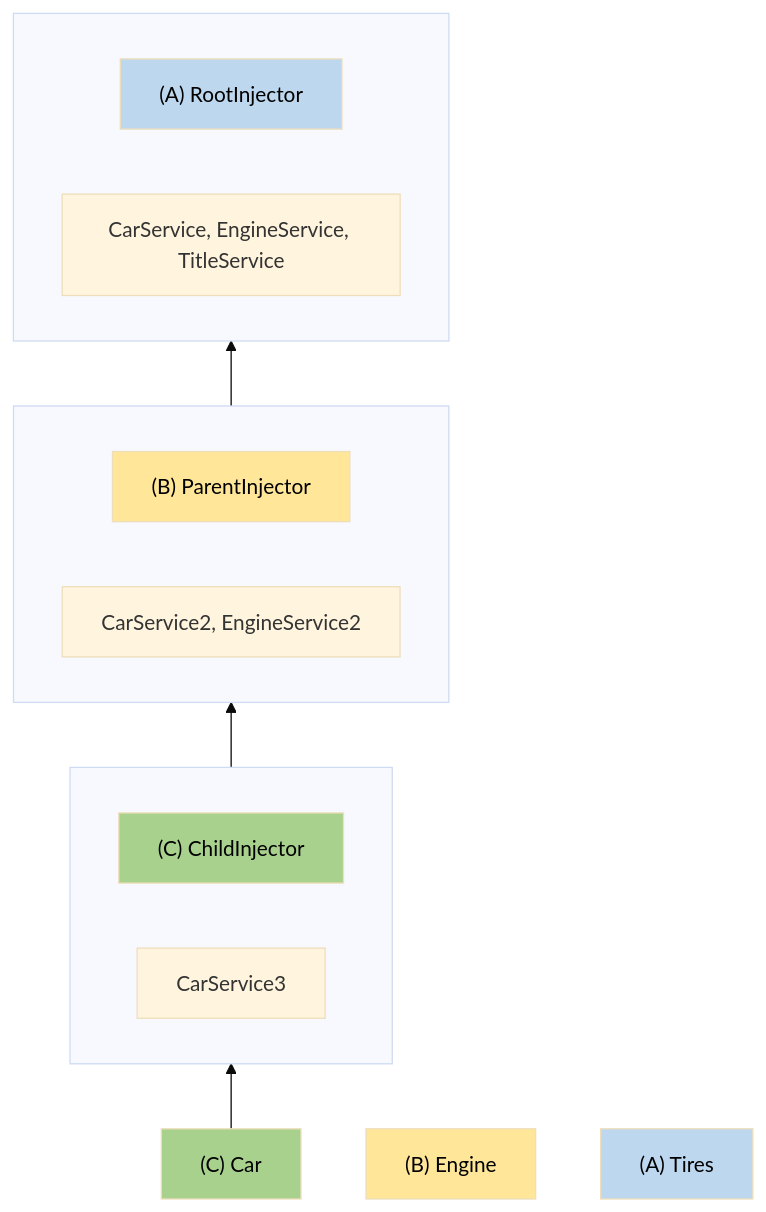
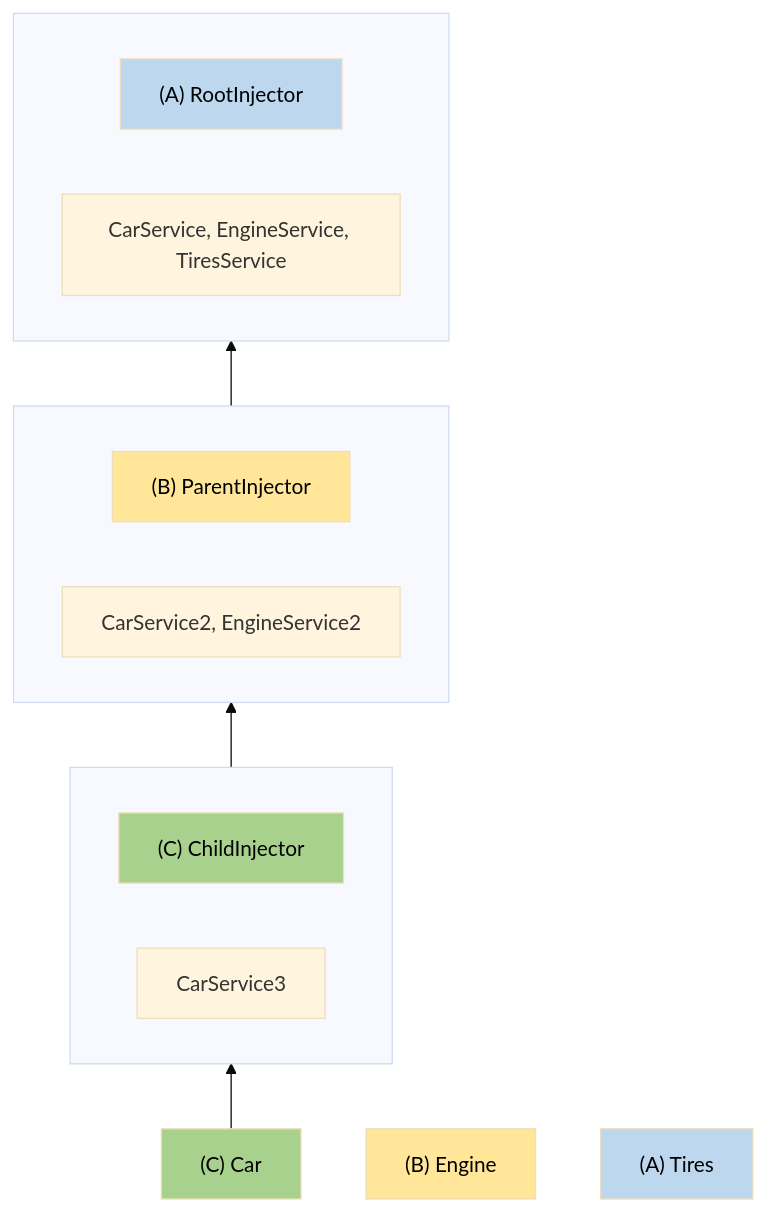
One commit to angular-hispano/angular-docs-es changed the third of 3 diagrams in adev-es/src/content/guide/di/hierarchical-dependency-injection.md. Above: the diagram before and after it, drawn with Mermaid (base theme). The commit also changed other lines of this file and 156 other files, not shown here.

````diff
--- a/adev-es/src/content/guide/di/hierarchical-dependency-injection.md
+++ b/adev-es/src/content/guide/di/hierarchical-dependency-injection.md
@@ -1140,38 +1137,38 @@
 ```mermaid
 graph BT;
 
 subgraph A[" "]
 direction LR
 RootInjector["(A) RootInjector"]
-ServicesA["CarService, EngineService, TitleService"]
+ServicesA["CarService, EngineService, TiresService"]
 end
 
 subgraph B[" "]
 direction LR
 ParentInjector["(B) ParentInjector"]
 ServicesB["CarService2, EngineService2"]
 end
 
 subgraph C[" "]
 direction LR
 ChildInjector["(C) ChildInjector"]
 ServicesC["CarService3"]
 end
 
 direction LR
 car["(C) Car"]
 engine["(B) Engine"]
 tires["(A) Tires"]
 
 direction BT
 car-->ChildInjector
 ChildInjector-->ParentInjector-->RootInjector
 
 class car,engine,tires,RootInjector,ParentInjector,ChildInjector,ServicesA,ServicesB,ServicesC,A,B,C noShadow
 style car fill:#A9D18E,color:#000
 style ChildInjector fill:#A9D18E,color:#000
 style engine fill:#FFE699,color:#000
 style ParentInjector fill:#FFE699,color:#000
 style tires fill:#BDD7EE,color:#000
 style RootInjector fill:#BDD7EE,color:#000
 ```
````
